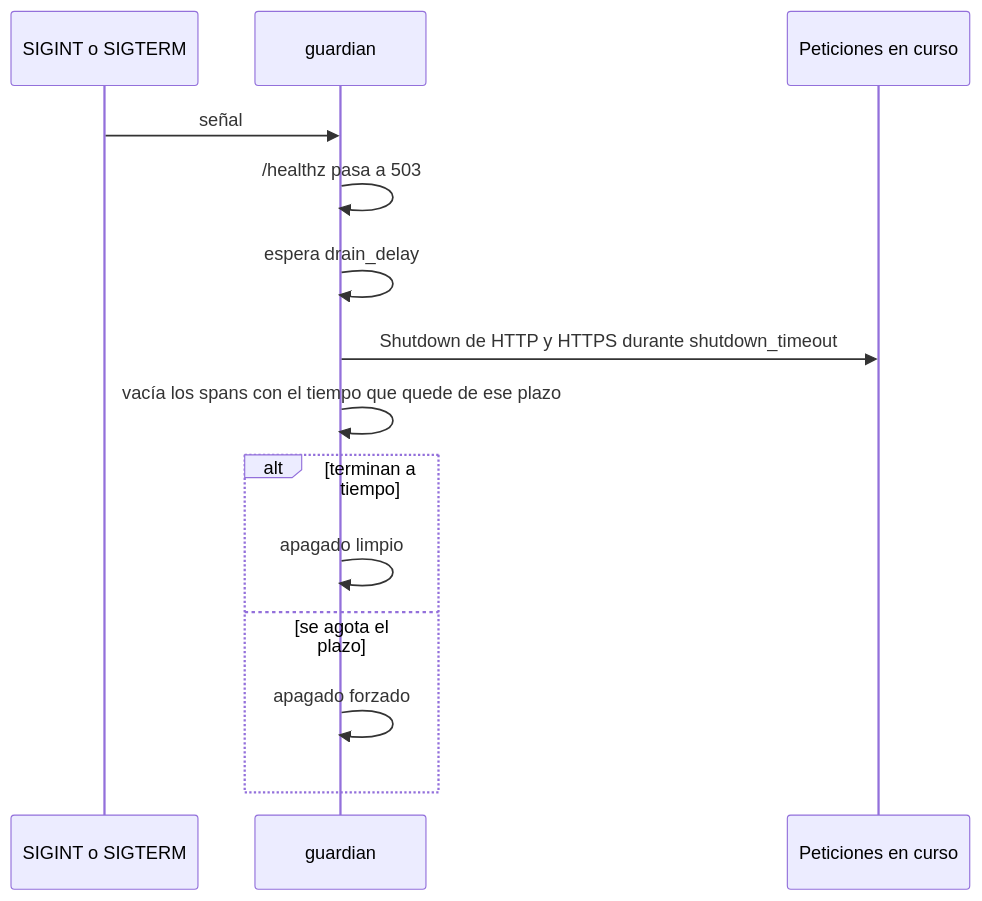
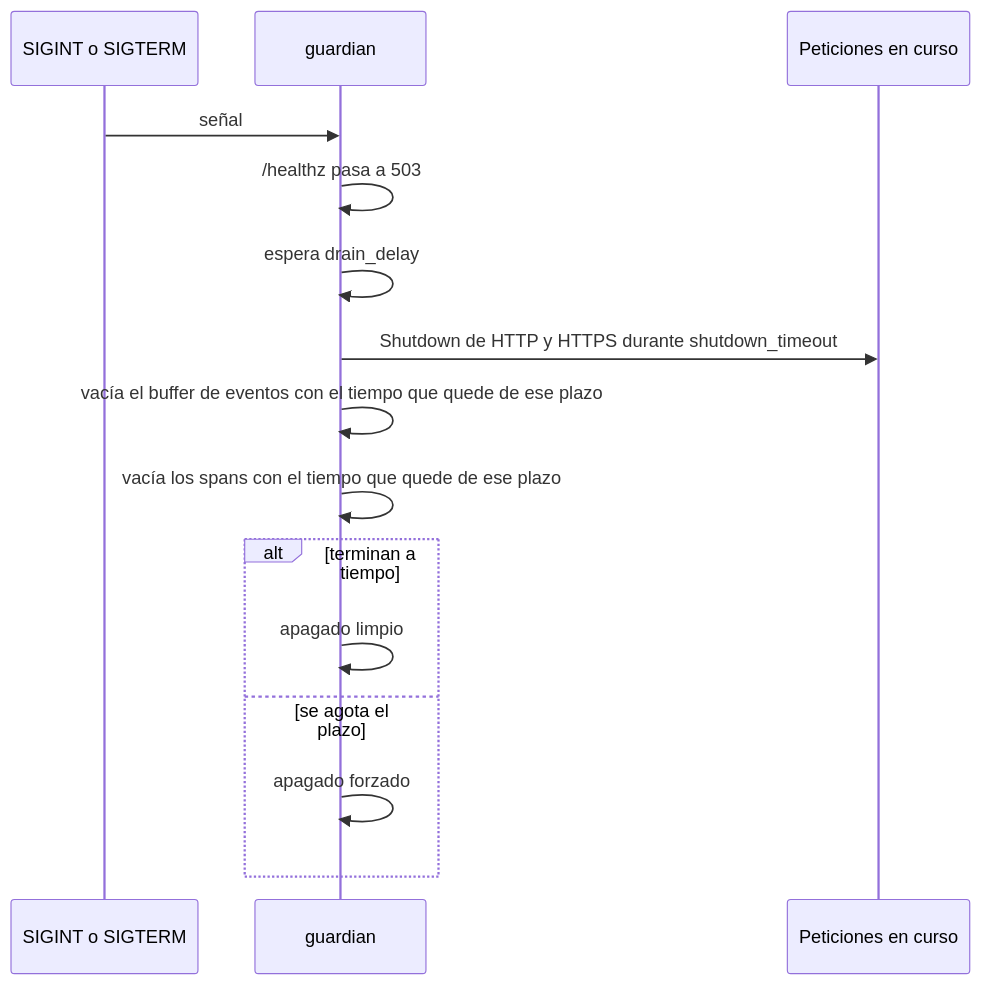
One commit to fharias/guardian-scrapy changed the ninth of 10 diagrams in README.md. Above: the diagram before and after it, drawn with Mermaid. The commit also changed other lines of this file, not shown here.

Commit message:
Update README to include new event handling features and flowchart adjustments

````diff
--- a/README.md
+++ b/README.md
@@ -465,17 +488,18 @@
 ```mermaid
 sequenceDiagram
   participant SO as SIGINT o SIGTERM
   participant G as guardian
   participant C as Peticiones en curso
 
   SO->>G: señal
   G->>G: /healthz pasa a 503
   G->>G: espera drain_delay
   G->>C: Shutdown de HTTP y HTTPS durante shutdown_timeout
+  G->>G: vacía el buffer de eventos con el tiempo que quede de ese plazo
   G->>G: vacía los spans con el tiempo que quede de ese plazo
   alt terminan a tiempo
     G->>G: apagado limpio
   else se agota el plazo
     G->>G: apagado forzado
   end
 ```
````
